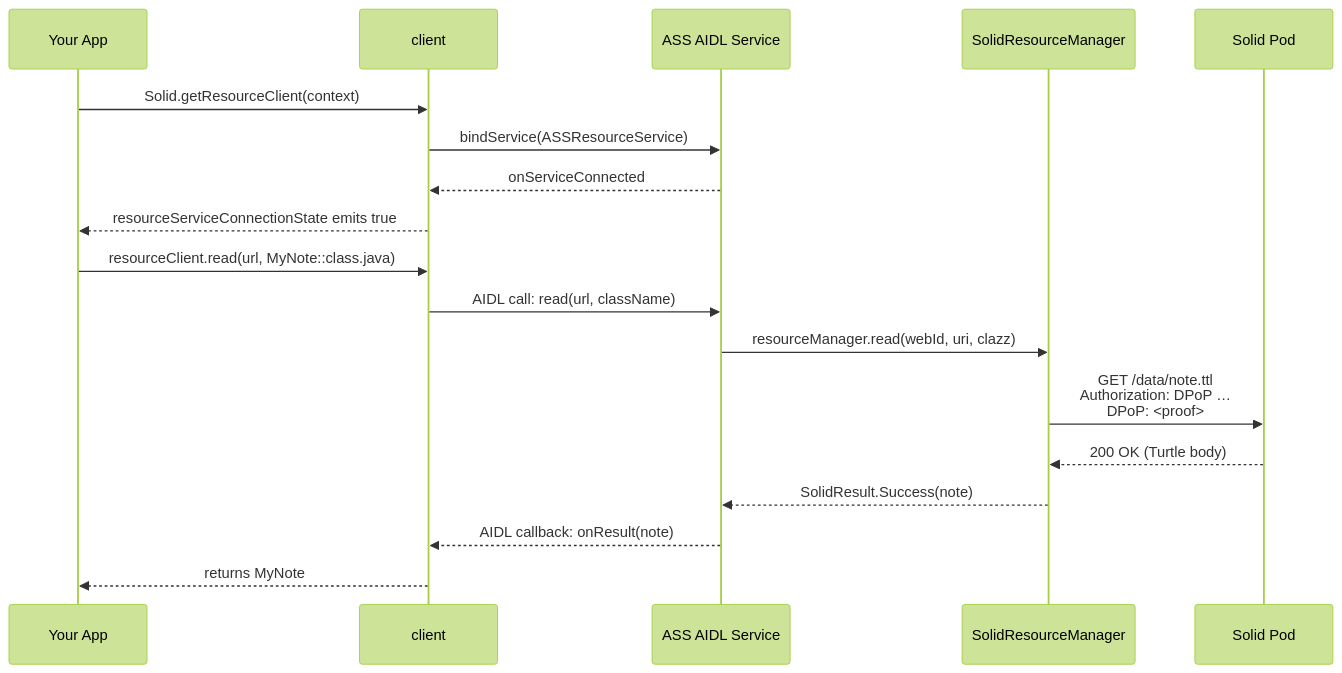
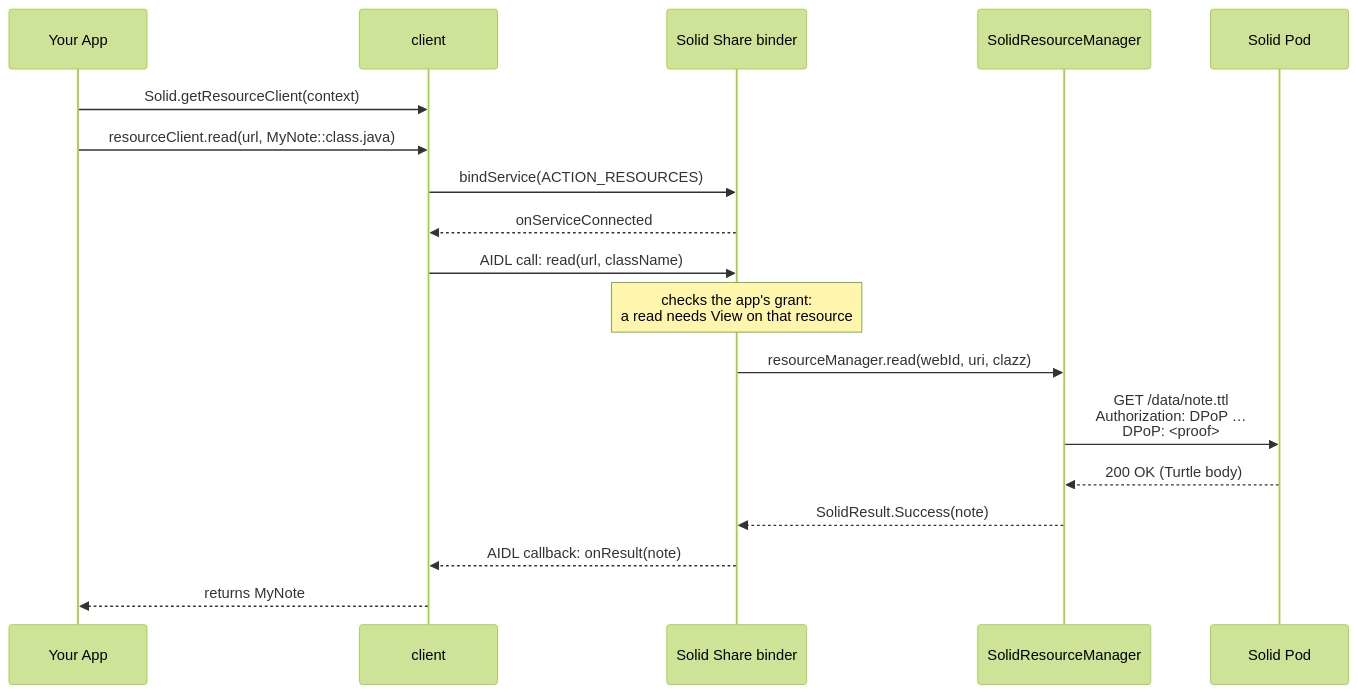
The third of 7 diagrams in docs/start/how-it-works.md (erfangholami/Android-Solid-Services), drawn with Mermaid (forest theme) before and after one commit. The commit also changed other lines of this file and 29 other files, not shown here.

Commit message:
Rewrite the documentation for Solid Share as the host, and document app access and hosting

````diff
--- a/docs/start/how-it-works.md
+++ b/docs/start/how-it-works.md
@@ -95,22 +96,21 @@
 ```mermaid
 sequenceDiagram
     participant App as Your App
     participant Client as client
-    participant Binder as ASS AIDL Service
+    participant Binder as Solid Share binder
     participant RM as SolidResourceManager
     participant Pod as Solid Pod
 
     App->>Client: Solid.getResourceClient(context)
-    Client->>Binder: bindService(ASSResourceService)
+    App->>Client: resourceClient.read(url, MyNote::class.java)
+    Client->>Binder: bindService(ACTION_RESOURCES)
     Binder-->>Client: onServiceConnected
-    Client-->>App: resourceServiceConnectionState emits true
-
-    App->>Client: resourceClient.read(url, MyNote::class.java)
     Client->>Binder: AIDL call: read(url, className)
+    Note over Binder: checks the app's grant:<br/>a read needs View on that resource
     Binder->>RM: resourceManager.read(webId, uri, clazz)
     RM->>Pod: GET /data/note.ttl<br/>Authorization: DPoP …<br/>DPoP: <proof>
     Pod-->>RM: 200 OK  (Turtle body)
     RM-->>Binder: SolidResult.Success(note)
     Binder-->>Client: AIDL callback: onResult(note)
     Client-->>App: returns MyNote
 ```
````
